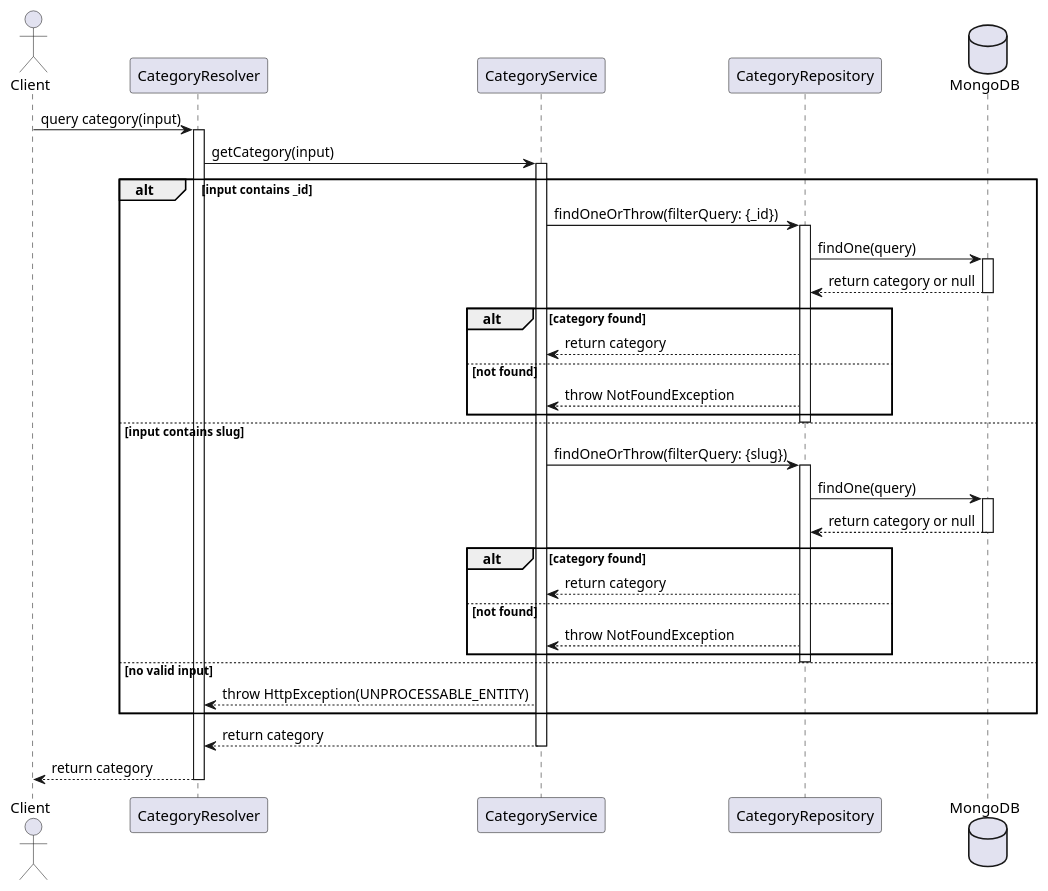
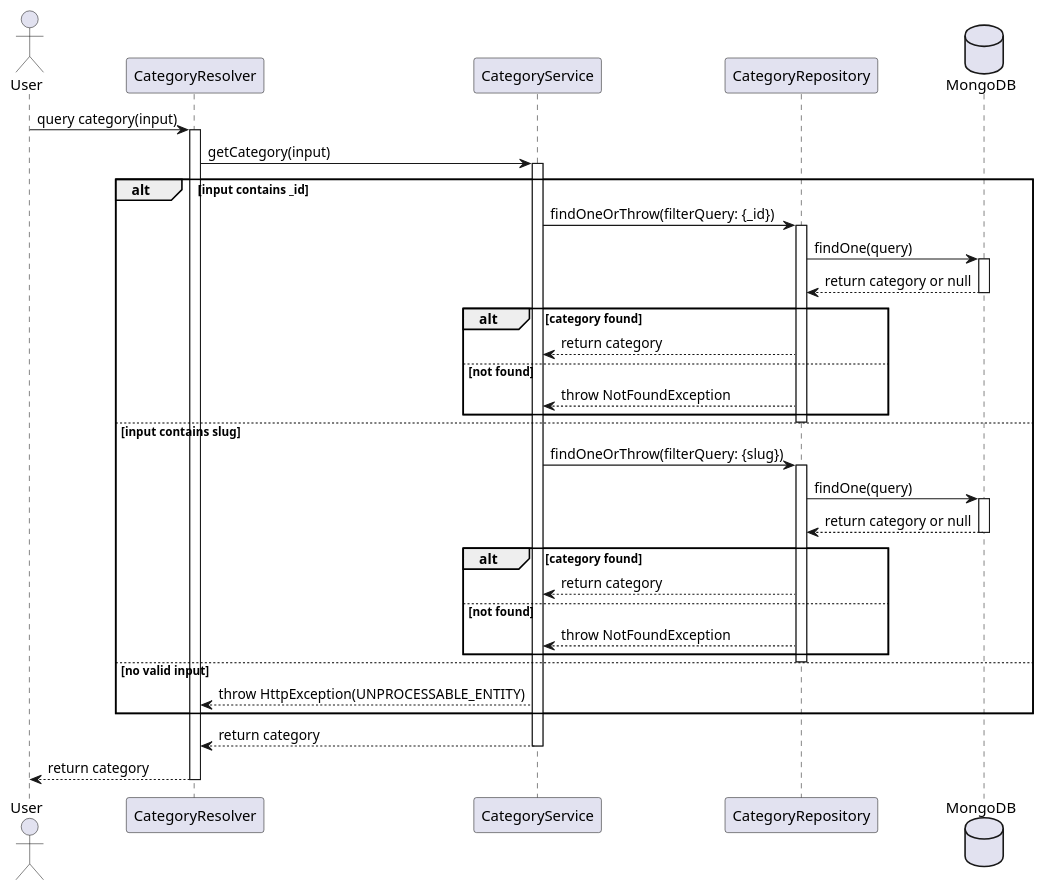
Before and after one commit to lehuygiang28/vphim: the diagram in documents/diagram/sequences/categories/category_get_category.puml, drawn with PlantUML. The commit also changed other lines of this file and 43 other files, not shown here.

First line of the commit message:
refactor(diagrams): 🛠️ update sequence diagrams

```diff
--- a/documents/diagram/sequences/categories/category_get_category.puml
+++ b/documents/diagram/sequences/categories/category_get_category.puml
@@ -1,53 +1,49 @@
 @startuml Category - Get Single Category
 
-actor Client
+actor "User" as Client
 participant "CategoryResolver" as Resolver
 participant "CategoryService" as Service
 participant "CategoryRepository" as Repo
 database "MongoDB" as DB
 
 Client -> Resolver: query category(input)
 activate Resolver
 Resolver -> Service: getCategory(input)
 activate Service
 
 alt input contains _id
     Service -> Repo: findOneOrThrow(filterQuery: {_id})
     activate Repo
     Repo -> DB: findOne(query)
     activate DB
     DB --> Repo: return category or null
     deactivate DB
-    
     alt category found
         Repo --> Service: return category
     else not found
         Repo --> Service: throw NotFoundException
     end
     deactivate Repo
-    
 else input contains slug
     Service -> Repo: findOneOrThrow(filterQuery: {slug})
     activate Repo
     Repo -> DB: findOne(query)
     activate DB
     DB --> Repo: return category or null
     deactivate DB
-    
     alt category found
         Repo --> Service: return category
     else not found
         Repo --> Service: throw NotFoundException
     end
     deactivate Repo
-    
 else no valid input
     Service --> Resolver: throw HttpException(UNPROCESSABLE_ENTITY)
 end
 
 Service --> Resolver: return category
 deactivate Service
 Resolver --> Client: return category
 deactivate Resolver
 
-@enduml 
+@enduml
```
